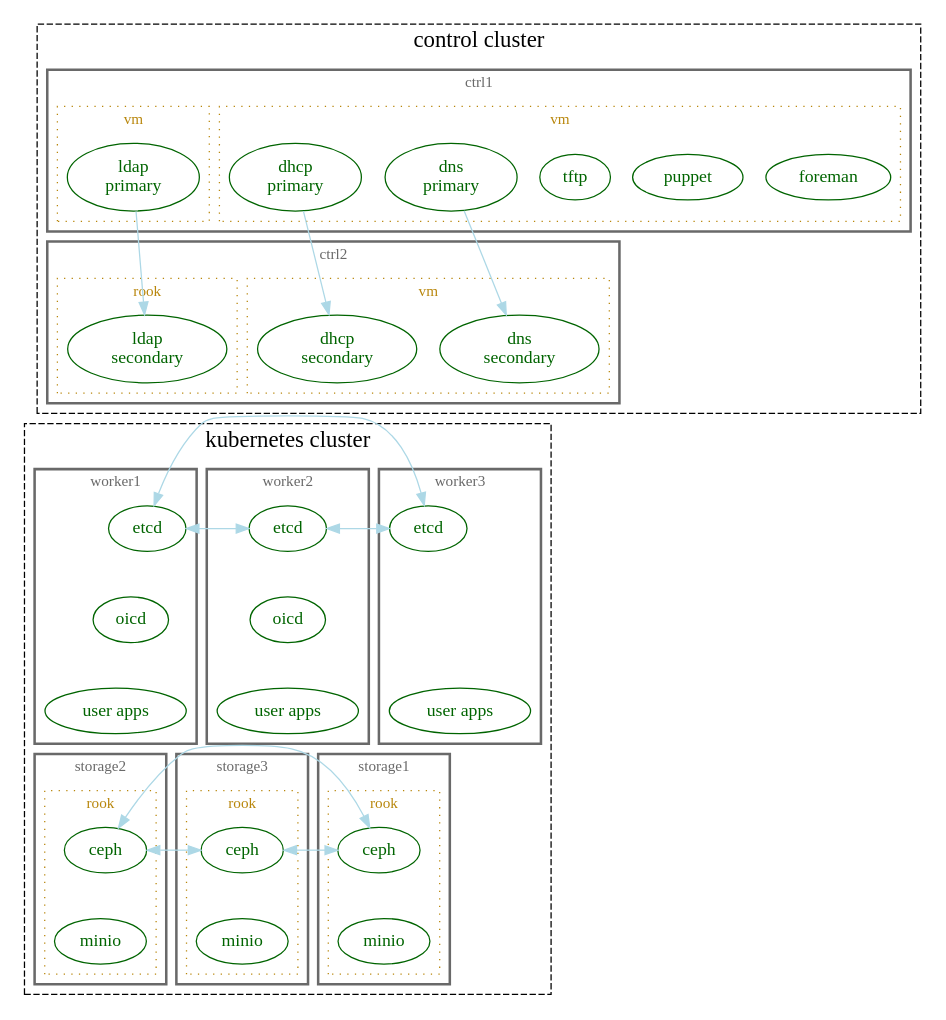
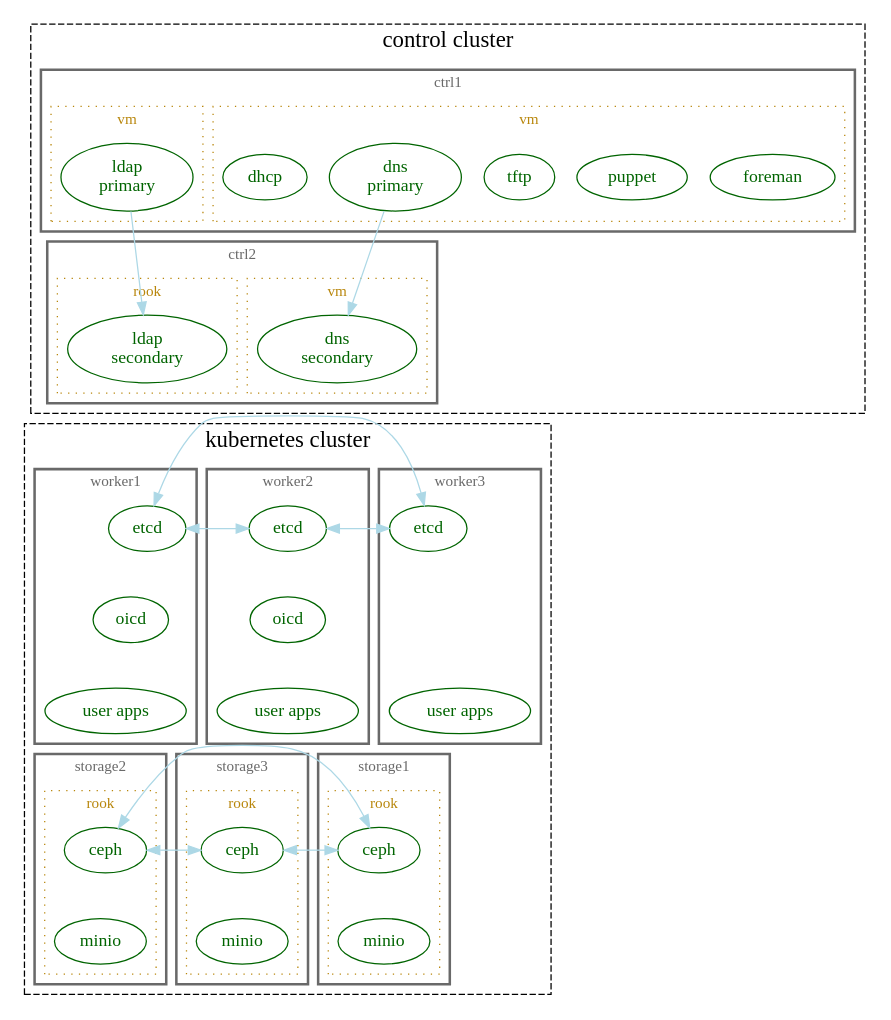
The diagram in _static/seed_cluster.dot (LSST-IT/ittn-002), drawn with Graphviz before and after one commit. The commit also changed 1 other file, not shown here.

Commit message:
rm secondary dhcp -- not practical with isc dhcpd & foreman

```diff
--- a/_static/seed_cluster.dot
+++ b/_static/seed_cluster.dot
@@ -14,8 +14,7 @@
     tftp
     dns1 [label="dns\nprimary"]
     dns2 [label="dns\nsecondary"]
-    dhcp1 [label="dhcp\nprimary"]
-    dhcp2 [label="dhcp\nsecondary"]
+    dhcp1 [label="dhcp"]
     ldap1 [label="ldap\nprimary"]
     ldap2 [label="ldap\nsecondary"]
     app1 [label="user apps"]
@@ -91,7 +90,6 @@
       {
         rank=same
         dns2
-        dhcp2
         ldap2
       }
 
@@ -103,7 +101,6 @@
         style=dotted
 
         dns2
-        dhcp2
       }
 
       subgraph cluster_16 {
@@ -119,7 +116,6 @@
 
     edge [color=lightblue]
     dns1 -> dns2
-    dhcp1 -> dhcp2
     ldap1 -> ldap2
   }
 
```
